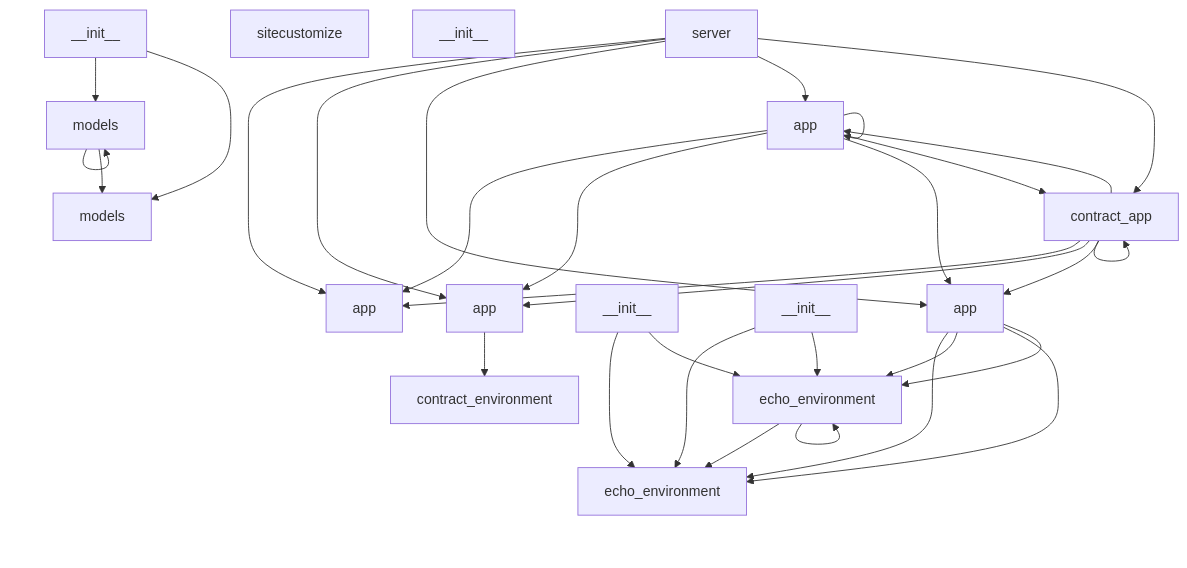
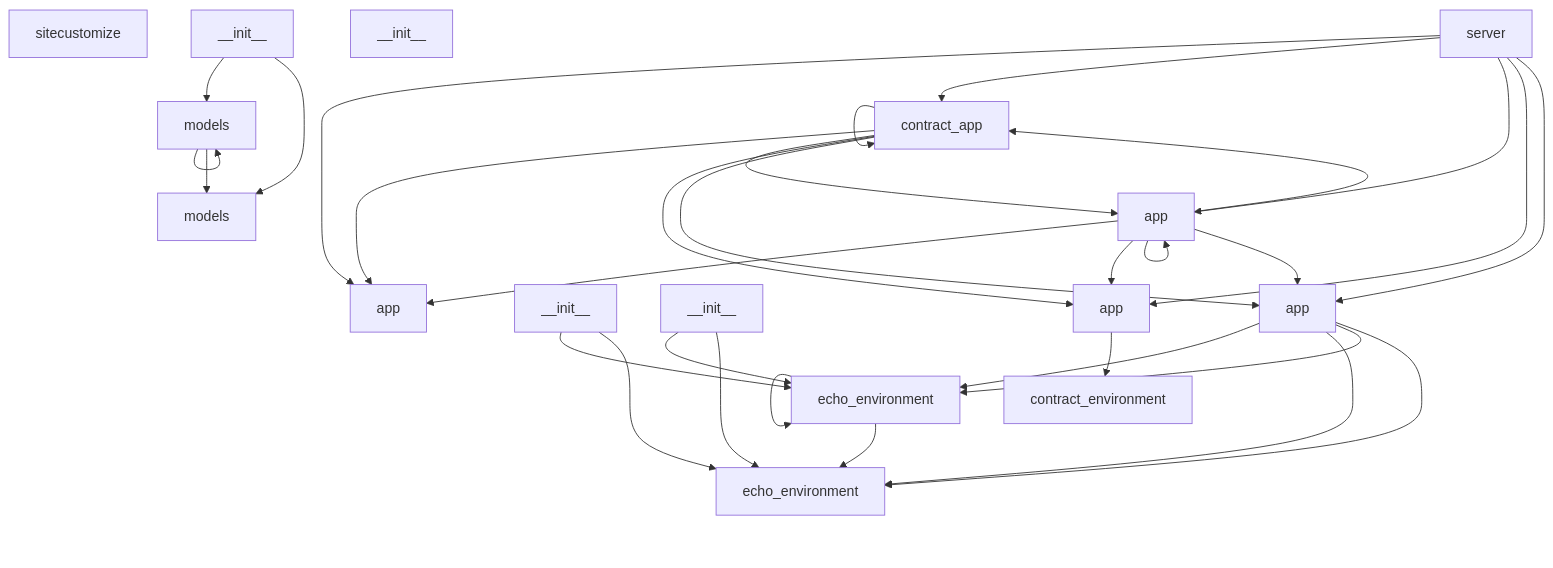
Before and after one commit to NITISH-R-G/DIALECTICA: the diagram in diagrams/components.mermaid, drawn with Mermaid. The commit also changed other lines of this file and 2 other files, not shown here.

Commit message:
docs: Auto-update architecture and README

```diff
--- a/diagrams/components.mermaid
+++ b/diagrams/components.mermaid
@@ -1,63 +1,63 @@
 graph TD
     app_py["app"]
     click app_py href "app.py" "Go to source"
-    server_py["server"]
-    click server_py href "server.py" "Go to source"
-    server_py --> app_py
-    server_py --> src_contract_env_server_app_py
-    server_py --> src_echo_env_server_app_py
-    server_py --> server_app_py
-    server_py --> server_contract_app_py
     models_py["models"]
     click models_py href "models.py" "Go to source"
     models_py --> models_py
     models_py --> src_echo_env_models_py
     sitecustomize_py["sitecustomize"]
     click sitecustomize_py href "sitecustomize.py" "Go to source"
+    server_py["server"]
+    click server_py href "server.py" "Go to source"
+    server_py --> app_py
+    server_py --> server_contract_app_py
+    server_py --> server_app_py
+    server_py --> src_contract_env_server_app_py
+    server_py --> src_echo_env_server_app_py
+    server_contract_app_py["contract_app"]
+    click server_contract_app_py href "server/contract_app.py" "Go to source"
+    server_contract_app_py --> app_py
+    server_contract_app_py --> server_contract_app_py
+    server_contract_app_py --> server_app_py
+    server_contract_app_py --> src_contract_env_server_app_py
+    server_contract_app_py --> src_echo_env_server_app_py
+    server_app_py["app"]
+    click server_app_py href "server/app.py" "Go to source"
+    server_app_py --> app_py
+    server_app_py --> server_contract_app_py
+    server_app_py --> server_app_py
+    server_app_py --> src_contract_env_server_app_py
+    server_app_py --> src_echo_env_server_app_py
+    server_echo_environment_py["echo_environment"]
+    click server_echo_environment_py href "server/echo_environment.py" "Go to source"
+    server_echo_environment_py --> server_echo_environment_py
+    server_echo_environment_py --> src_echo_env_server_echo_environment_py
+    server___init___py["__init__"]
+    click server___init___py href "server/__init__.py" "Go to source"
+    server___init___py --> server_echo_environment_py
+    server___init___py --> src_echo_env_server_echo_environment_py
     src_contract_env___init___py["__init__"]
     click src_contract_env___init___py href "src/contract_env/__init__.py" "Go to source"
-    src_contract_env_server_contract_environment_py["contract_environment"]
-    click src_contract_env_server_contract_environment_py href "src/contract_env/server/contract_environment.py" "Go to source"
     src_contract_env_server_app_py["app"]
     click src_contract_env_server_app_py href "src/contract_env/server/app.py" "Go to source"
     src_contract_env_server_app_py --> src_contract_env_server_contract_environment_py
+    src_contract_env_server_contract_environment_py["contract_environment"]
+    click src_contract_env_server_contract_environment_py href "src/contract_env/server/contract_environment.py" "Go to source"
+    src_echo_env_models_py["models"]
+    click src_echo_env_models_py href "src/echo_env/models.py" "Go to source"
     src_echo_env___init___py["__init__"]
     click src_echo_env___init___py href "src/echo_env/__init__.py" "Go to source"
     src_echo_env___init___py --> models_py
     src_echo_env___init___py --> src_echo_env_models_py
-    src_echo_env_models_py["models"]
-    click src_echo_env_models_py href "src/echo_env/models.py" "Go to source"
     src_echo_env_server_app_py["app"]
     click src_echo_env_server_app_py href "src/echo_env/server/app.py" "Go to source"
+    src_echo_env_server_app_py --> server_echo_environment_py
     src_echo_env_server_app_py --> src_echo_env_server_echo_environment_py
     src_echo_env_server_app_py --> server_echo_environment_py
     src_echo_env_server_app_py --> src_echo_env_server_echo_environment_py
-    src_echo_env_server_app_py --> server_echo_environment_py
     src_echo_env_server_echo_environment_py["echo_environment"]
     click src_echo_env_server_echo_environment_py href "src/echo_env/server/echo_environment.py" "Go to source"
     src_echo_env_server___init___py["__init__"]
     click src_echo_env_server___init___py href "src/echo_env/server/__init__.py" "Go to source"
+    src_echo_env_server___init___py --> server_echo_environment_py
     src_echo_env_server___init___py --> src_echo_env_server_echo_environment_py
-    src_echo_env_server___init___py --> server_echo_environment_py
-    server_app_py["app"]
-    click server_app_py href "server/app.py" "Go to source"
-    server_app_py --> app_py
-    server_app_py --> src_contract_env_server_app_py
-    server_app_py --> src_echo_env_server_app_py
-    server_app_py --> server_app_py
-    server_app_py --> server_contract_app_py
-    server_echo_environment_py["echo_environment"]
-    click server_echo_environment_py href "server/echo_environment.py" "Go to source"
-    server_echo_environment_py --> src_echo_env_server_echo_environment_py
-    server_echo_environment_py --> server_echo_environment_py
-    server___init___py["__init__"]
-    click server___init___py href "server/__init__.py" "Go to source"
-    server___init___py --> src_echo_env_server_echo_environment_py
-    server___init___py --> server_echo_environment_py
-    server_contract_app_py["contract_app"]
-    click server_contract_app_py href "server/contract_app.py" "Go to source"
-    server_contract_app_py --> app_py
-    server_contract_app_py --> src_contract_env_server_app_py
-    server_contract_app_py --> src_echo_env_server_app_py
-    server_contract_app_py --> server_app_py
-    server_contract_app_py --> server_contract_app_py
```
